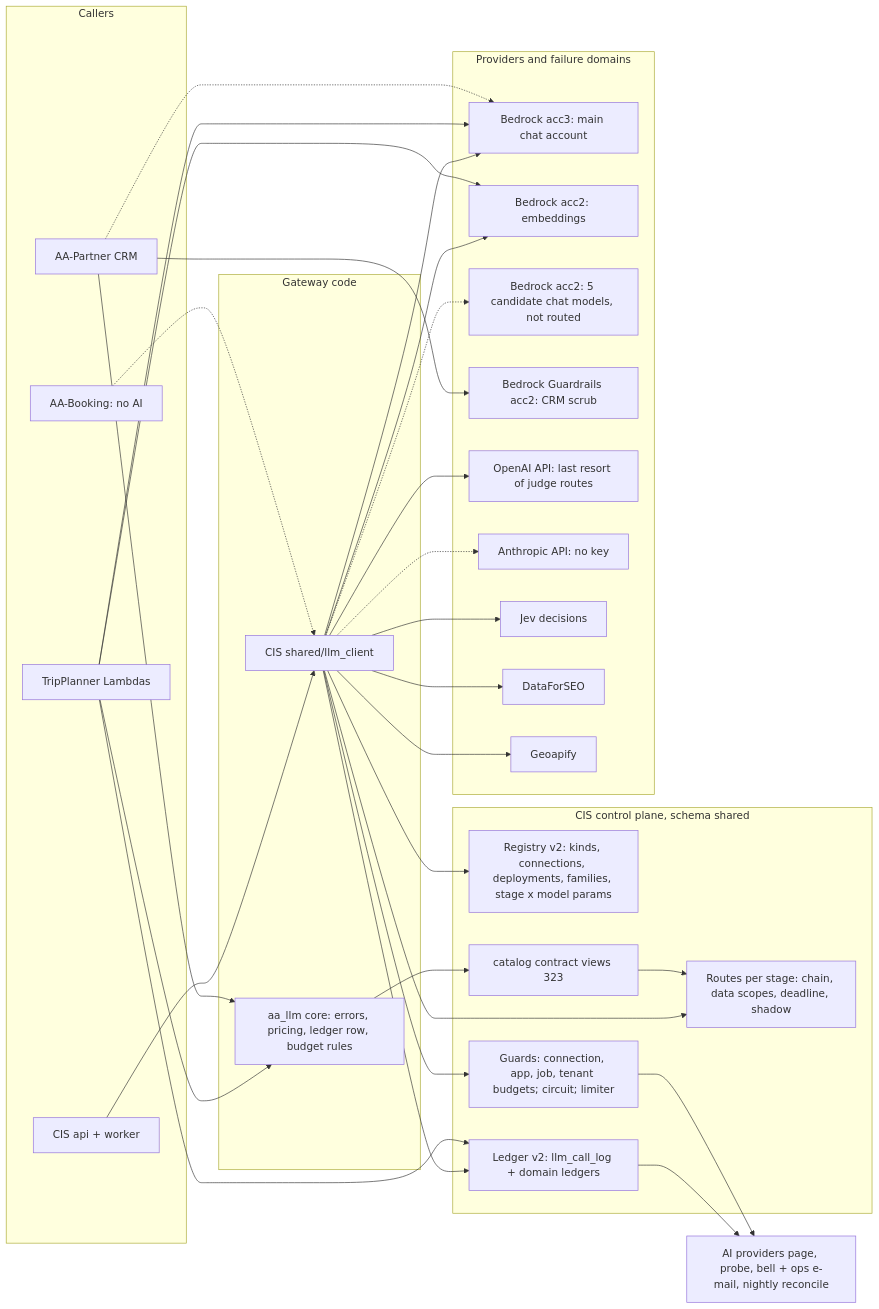
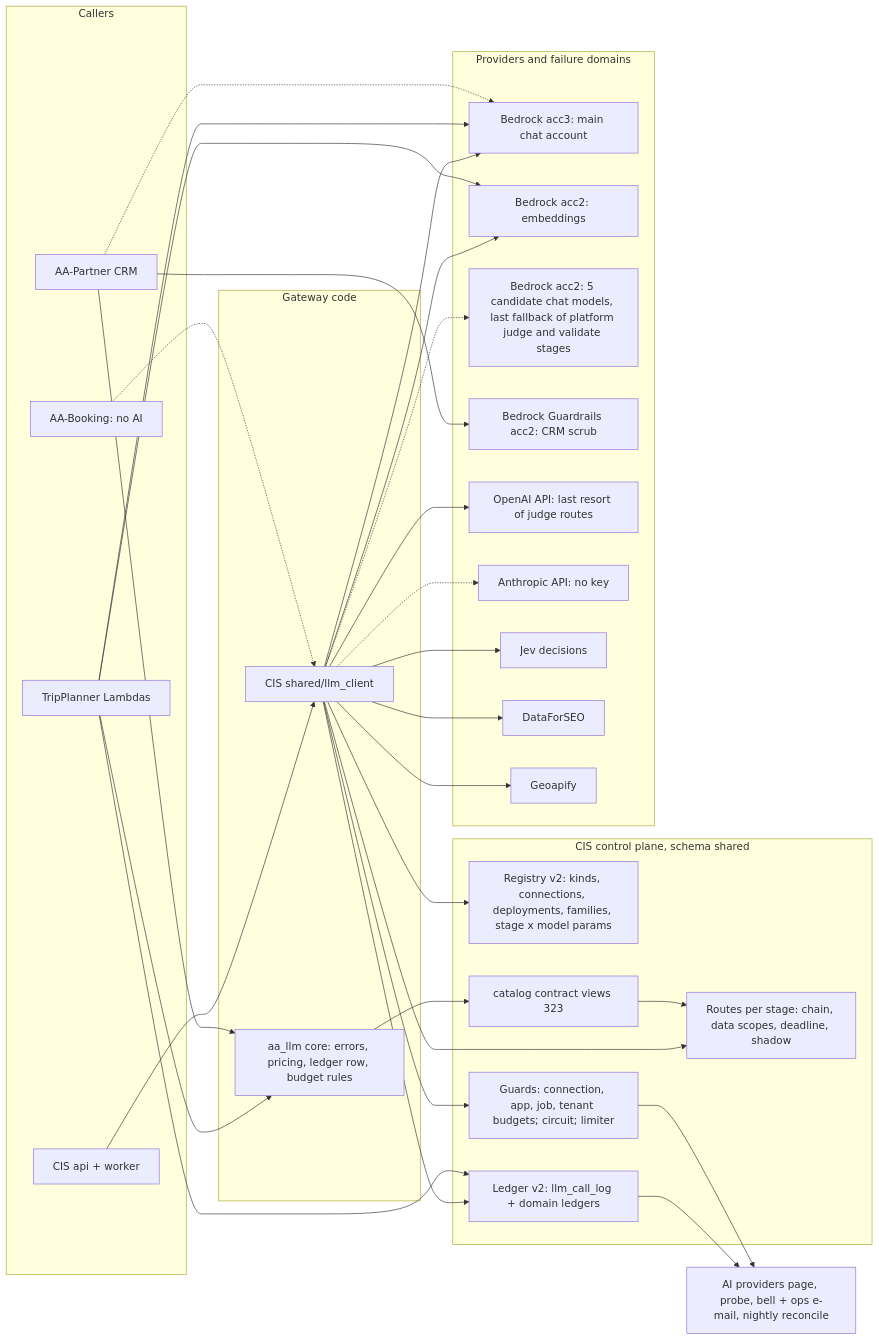
One commit to AdventureAsia365-Ecosys/AA-Ecosys changed the diagram in docs/architecture/ai-gateway.md. Above: the diagram before and after it, drawn with Mermaid. The commit also changed other lines of this file and 2 other files, not shown here.

Commit message:
docs: route table known gaps and AI gateway page name the acc2 judge / validate fallback (CIS 331) and the 327 route moves
Refs AA-1026

````diff
--- a/docs/architecture/ai-gateway.md
+++ b/docs/architecture/ai-gateway.md
@@ -49,48 +49,48 @@
 ```mermaid
 flowchart LR
   subgraph Apps[Callers]
     CIS[CIS api + worker]
     TP[TripPlanner Lambdas]
     CRM[AA-Partner CRM]
     BK[AA-Booking: no AI]
   end
   subgraph Core[Gateway code]
     LLMC[CIS shared/llm_client]
     CORE[aa_llm core: errors, pricing, ledger row, budget rules]
   end
   subgraph CP[CIS control plane, schema shared]
     REG[Registry v2: kinds, connections, deployments, families, stage x model params]
     RT[Routes per stage: chain, data scopes, deadline, shadow]
     POL[Guards: connection, app, job, tenant budgets; circuit; limiter]
     LED[Ledger v2: llm_call_log + domain ledgers]
     VIEWS[catalog contract views 323]
   end
   subgraph Prov[Providers and failure domains]
     B3[Bedrock acc3: main chat account]
     B2E[Bedrock acc2: embeddings]
-    B2C[Bedrock acc2: 5 candidate chat models, not routed]
+    B2C[Bedrock acc2: 5 candidate chat models, last fallback of platform judge and validate stages]
     GR[Bedrock Guardrails acc2: CRM scrub]
     OA[OpenAI API: last resort of judge routes]
     AN[Anthropic API: no key]
     JEV[Jev decisions]
     DFS[DataForSEO]
     GEO[Geoapify]
   end
   OBS[AI providers page, probe, bell + ops e-mail, nightly reconcile]
   CIS --> LLMC
   TP --> CORE
   CRM --> CORE
   BK -.-> LLMC
   LLMC --> REG & RT & POL
   CORE --> VIEWS
   VIEWS --> RT
   LLMC --> B3 & B2E & OA & JEV & DFS & GEO
   LLMC -.-> B2C & AN
   TP --> B3 & B2E
   CRM --> GR
   CRM -.-> B3
   LLMC --> LED
   TP --> LED
   LED --> OBS
   POL --> OBS
 ```
````
